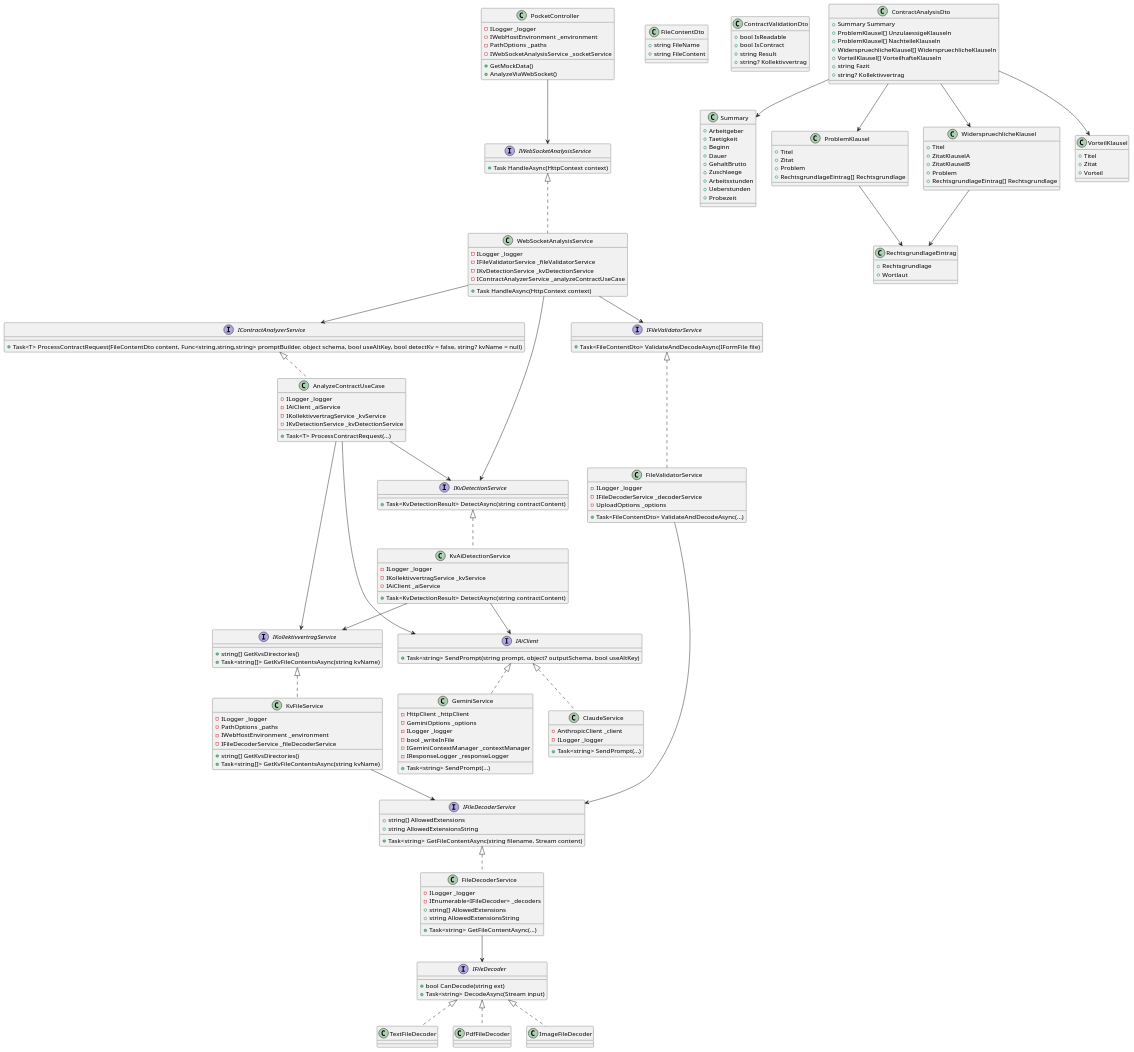
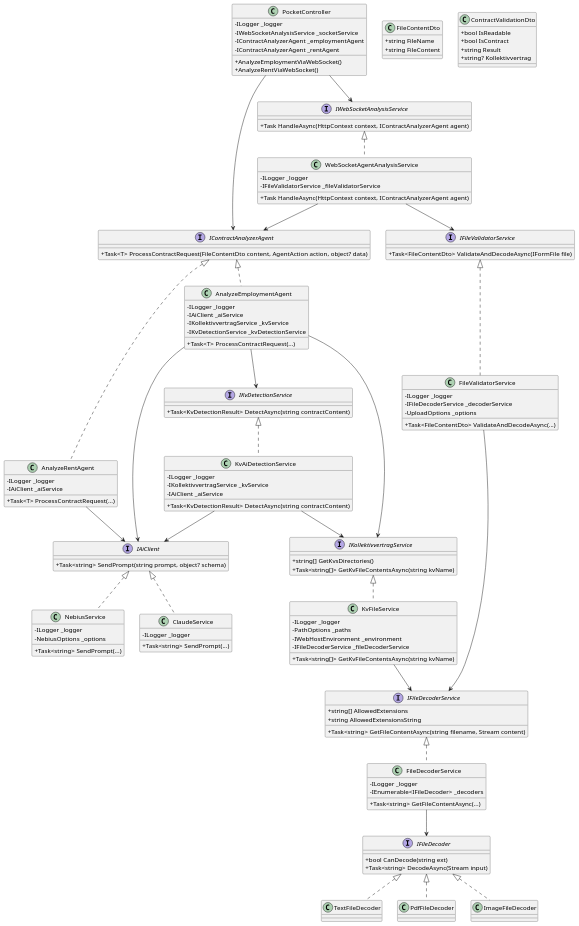
Before and after one commit to sebastian-305/PocketLawyer: the third of 8 diagrams in docs/Diagrams/diagrams.md, drawn with PlantUML. The commit also changed other lines of this file and 1 other file, not shown here.

Commit message:
Update diagram documentation for new agents

````diff
--- a/docs/Diagrams/diagrams.md
+++ b/docs/Diagrams/diagrams.md
@@ -123,26 +174,23 @@
 ```plantuml
 @startuml
+skinparam classAttributeIconSize 0
+
 interface IAiClient {
-    +Task<string> SendPrompt(string prompt, object? outputSchema, bool useAltKey)
+    +Task<string> SendPrompt(string prompt, object? schema)
 }
 
-class GeminiService {
-    -HttpClient _httpClient
-    -GeminiOptions _options
+class NebiusService {
     -ILogger _logger
-    -bool _writeInFile
-    -IGeminiContextManager _contextManager
-    -IResponseLogger _responseLogger
+    -NebiusOptions _options
     +Task<string> SendPrompt(...)
 }
 
 class ClaudeService {
-    -AnthropicClient _client
     -ILogger _logger
     +Task<string> SendPrompt(...)
 }
 
-IAiClient <|.. GeminiService
+IAiClient <|.. NebiusService
 IAiClient <|.. ClaudeService
 
 interface IFileDecoder {
@@ -166,8 +214,6 @@
 class FileDecoderService {
     -ILogger _logger
     -IEnumerable<IFileDecoder> _decoders
-    +string[] AllowedExtensions
-    +string AllowedExtensionsString
     +Task<string> GetFileContentAsync(...)
 }
 IFileDecoderService <|.. FileDecoderService
@@ -196,7 +242,6 @@
     -PathOptions _paths
     -IWebHostEnvironment _environment
     -IFileDecoderService _fileDecoderService
-    +string[] GetKvsDirectories()
     +Task<string[]> GetKvFileContentsAsync(string kvName)
 }
 IKollektivvertragService <|.. KvFileService
@@ -216,47 +261,54 @@
 KvAiDetectionService --> IKollektivvertragService
 KvAiDetectionService --> IAiClient
 
-interface IContractAnalyzerService {
-    +Task<T> ProcessContractRequest(FileContentDto content, Func<string,string,string> promptBuilder, object schema, bool useAltKey, bool detectKv = false, string? kvName = null)
+interface IContractAnalyzerAgent {
+    +Task<T> ProcessContractRequest(FileContentDto content, AgentAction action, object? data)
 }
 
-class AnalyzeContractUseCase {
+class AnalyzeEmploymentAgent {
     -ILogger _logger
     -IAiClient _aiService
     -IKollektivvertragService _kvService
     -IKvDetectionService _kvDetectionService
     +Task<T> ProcessContractRequest(...)
 }
-IContractAnalyzerService <|.. AnalyzeContractUseCase
-AnalyzeContractUseCase --> IAiClient
-AnalyzeContractUseCase --> IKollektivvertragService
-AnalyzeContractUseCase --> IKvDetectionService
+
+class AnalyzeRentAgent {
+    -ILogger _logger
+    -IAiClient _aiService
+    +Task<T> ProcessContractRequest(...)
+}
+
+IContractAnalyzerAgent <|.. AnalyzeEmploymentAgent
+IContractAnalyzerAgent <|.. AnalyzeRentAgent
+AnalyzeEmploymentAgent --> IAiClient
+AnalyzeEmploymentAgent --> IKollektivvertragService
+AnalyzeEmploymentAgent --> IKvDetectionService
+AnalyzeRentAgent --> IAiClient
 
 interface IWebSocketAnalysisService {
-    +Task HandleAsync(HttpContext context)
+    +Task HandleAsync(HttpContext context, IContractAnalyzerAgent agent)
 }
 
-class WebSocketAnalysisService {
+class WebSocketAgentAnalysisService {
     -ILogger _logger
     -IFileValidatorService _fileValidatorService
-    -IKvDetectionService _kvDetectionService
-    -IContractAnalyzerService _analyzeContractUseCase
-    +Task HandleAsync(HttpContext context)
+    +Task HandleAsync(HttpContext context, IContractAnalyzerAgent agent)
 }
-IWebSocketAnalysisService <|.. WebSocketAnalysisService
-WebSocketAnalysisService --> IFileValidatorService
-WebSocketAnalysisService --> IKvDetectionService
-WebSocketAnalysisService --> IContractAnalyzerService
+IWebSocketAnalysisService <|.. WebSocketAgentAnalysisService
+WebSocketAgentAnalysisService --> IFileValidatorService
+WebSocketAgentAnalysisService --> IContractAnalyzerAgent
 
 class PocketController {
     -ILogger _logger
-    -IWebHostEnvironment _environment
-    -PathOptions _paths
     -IWebSocketAnalysisService _socketService
-    +GetMockData()
-    +AnalyzeViaWebSocket()
+    -IContractAnalyzerAgent _employmentAgent
+    -IContractAnalyzerAgent _rentAgent
+    +AnalyzeEmploymentViaWebSocket()
+    +AnalyzeRentViaWebSocket()
 }
 PocketController --> IWebSocketAnalysisService
+PocketController --> IContractAnalyzerAgent
 
 class FileContentDto {
     +string FileName
@@ -269,60 +321,5 @@
     +string Result
     +string? Kollektivvertrag
 }
-
-class Summary {
-    +Arbeitgeber
-    +Taetigkeit
-    +Beginn
-    +Dauer
-    +GehaltBrutto
-    +Zuschlaege
-    +Arbeitsstunden
-    +Ueberstunden
-    +Probezeit
-}
-
-class RechtsgrundlageEintrag {
-    +Rechtsgrundlage
-    +Wortlaut
-}
-
-class ProblemKlausel {
-    +Titel
-    +Zitat
-    +Problem
-    +RechtsgrundlageEintrag[] Rechtsgrundlage
-}
-
-class WiderspruechlicheKlausel {
-    +Titel
-    +ZitatKlauselA
-    +ZitatKlauselB
-    +Problem
-    +RechtsgrundlageEintrag[] Rechtsgrundlage
-}
-
-class VorteilKlausel {
-    +Titel
-    +Zitat
-    +Vorteil
-}
-
-class ContractAnalysisDto {
-    +Summary Summary
-    +ProblemKlausel[] UnzulaessigeKlauseln
-    +ProblemKlausel[] NachteileKlauseln
-    +WiderspruechlicheKlausel[] WiderspruechlicheKlauseln
-    +VorteilKlausel[] VorteilhafteKlauseln
-    +string Fazit
-    +string? Kollektivvertrag
-}
-
-ContractAnalysisDto --> Summary
-ContractAnalysisDto --> ProblemKlausel
-ContractAnalysisDto --> WiderspruechlicheKlausel
-ContractAnalysisDto --> VorteilKlausel
-ProblemKlausel --> RechtsgrundlageEintrag
-WiderspruechlicheKlausel --> RechtsgrundlageEintrag
 @enduml
 ```
````
